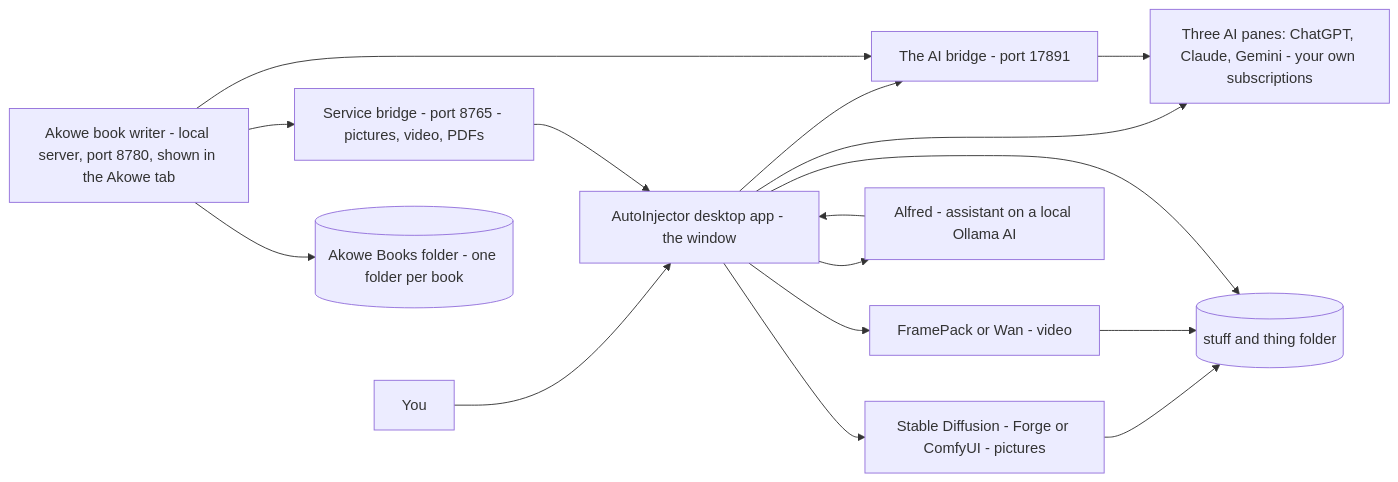
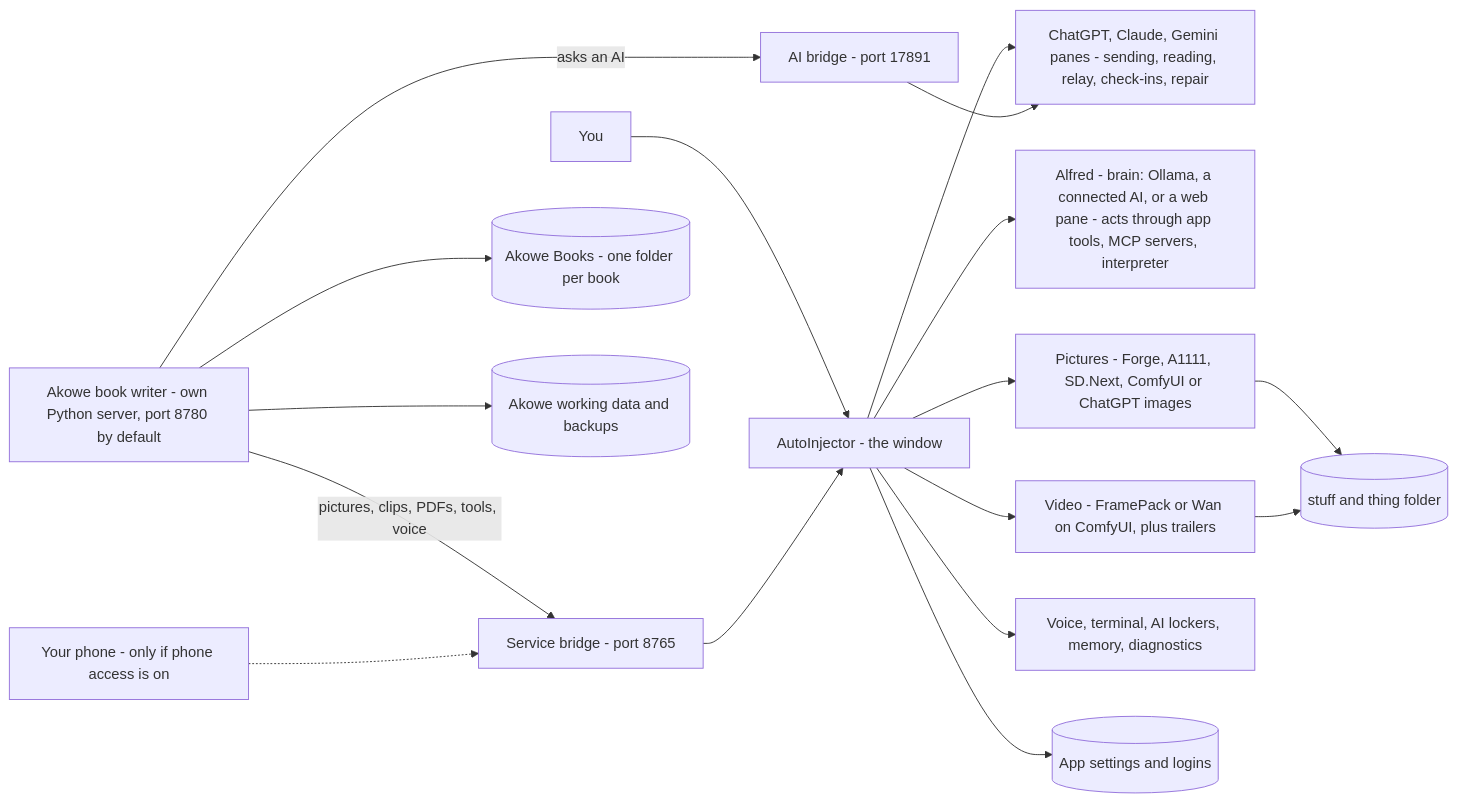
One commit to javon86/AutoInjector changed the diagram in docs/HOW_IT_WORKS.md. Above: the diagram before and after it, drawn with Mermaid. The commit also changed other lines of this file, not shown here.

````diff
--- a/docs/HOW_IT_WORKS.md
+++ b/docs/HOW_IT_WORKS.md
@@ -18,18 +20,19 @@
 ```mermaid
 flowchart LR
-    You["You"] --> App["AutoInjector desktop app - the window"]
-    App --> Panes["Three AI panes: ChatGPT, Claude, Gemini - your own subscriptions"]
-    App --> AIBridge["The AI bridge - port 17891"]
+    You["You"] --> App["AutoInjector - the window"]
+    App --> Panes["ChatGPT, Claude, Gemini panes - sending, reading, relay, check-ins, repair"]
+    App --> Alfred["Alfred - brain: Ollama, a connected AI, or a web pane - acts through app tools, MCP servers, interpreter"]
+    App --> Images["Pictures - Forge, A1111, SD.Next, ComfyUI or ChatGPT images"]
+    App --> Video["Video - FramePack or Wan on ComfyUI, plus trailers"]
+    App --> Extras["Voice, terminal, AI lockers, memory, diagnostics"]
+    Akowe["Akowe book writer - own Python server, port 8780 by default"] -->|"asks an AI"| AIBridge["AI bridge - port 17891"]
     AIBridge --> Panes
-    Akowe["Akowe book writer - local server, port 8780, shown in the Akowe tab"] --> AIBridge
-    Akowe --> SvcBridge["Service bridge - port 8765 - pictures, video, PDFs"]
+    Akowe -->|"pictures, clips, PDFs, tools, voice"| SvcBridge["Service bridge - port 8765"]
     SvcBridge --> App
-    App --> Forge["Stable Diffusion - Forge or ComfyUI - pictures"]
-    App --> FramePack["FramePack or Wan - video"]
-    App --> Alfred["Alfred - assistant on a local Ollama AI"]
-    Alfred --> App
-    Forge --> Stuff[("stuff and thing folder")]
-    FramePack --> Stuff
-    App --> Stuff
-    Akowe --> Books[("Akowe Books folder - one folder per book")]
+    Phone["Your phone - only if phone access is on"] -.-> SvcBridge
+    Images --> Stuff[("stuff and thing folder")]
+    Video --> Stuff
+    Akowe --> Books[("Akowe Books - one folder per book")]
+    Akowe --> AkoweData[("Akowe working data and backups")]
+    App --> Settings[("App settings and logins")]
 ```
````
